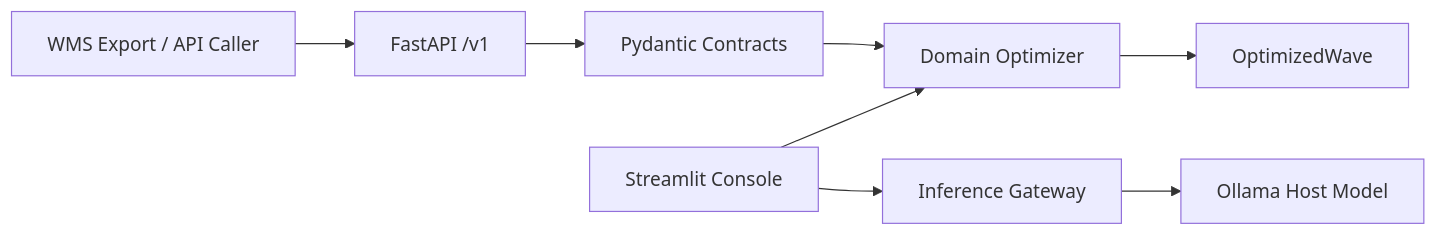
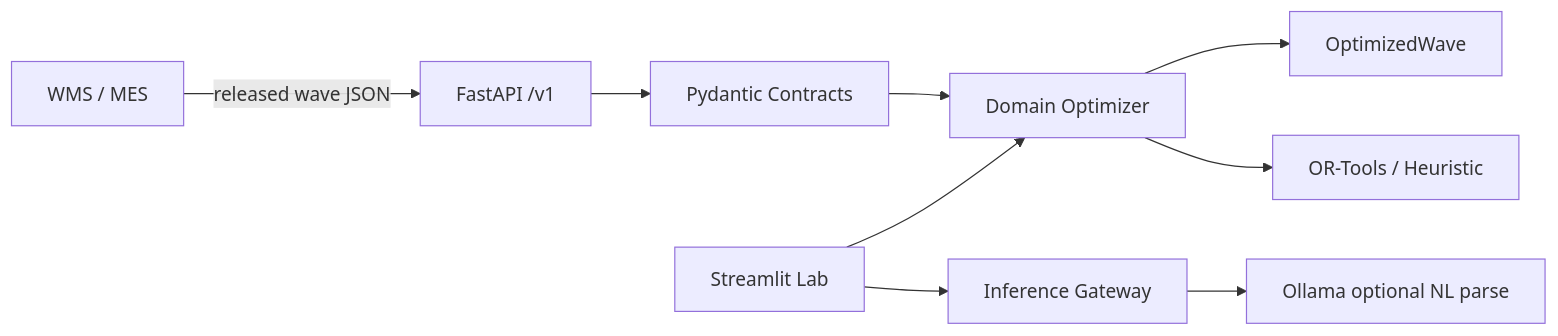
One commit to Muhib-Beekun/pickai changed the diagram in README.md. Above: the diagram before and after it, drawn with Mermaid. The commit also changed other lines of this file and 1 other file, not shown here.

First line of the commit message:
docs: clarify WMS-adjacent positioning and picking-route evolution

````diff
--- a/README.md
+++ b/README.md
@@ -85,10 +116,11 @@
 ```mermaid
 flowchart LR
-  WMS[WMS Export / API Caller] --> API[FastAPI /v1]
+  WMS[WMS / MES] -->|released wave JSON| API[FastAPI /v1]
   API --> Contracts[Pydantic Contracts]
   Contracts --> Domain[Domain Optimizer]
   Domain --> Result[OptimizedWave]
-  UI[Streamlit Console] --> Domain
+  UI[Streamlit Lab] --> Domain
   UI --> Gateway[Inference Gateway]
-  Gateway --> Ollama[Ollama Host Model]
+  Gateway --> Ollama[Ollama optional NL parse]
+  Domain --> ORTools[OR-Tools / Heuristic]
 ```
````
